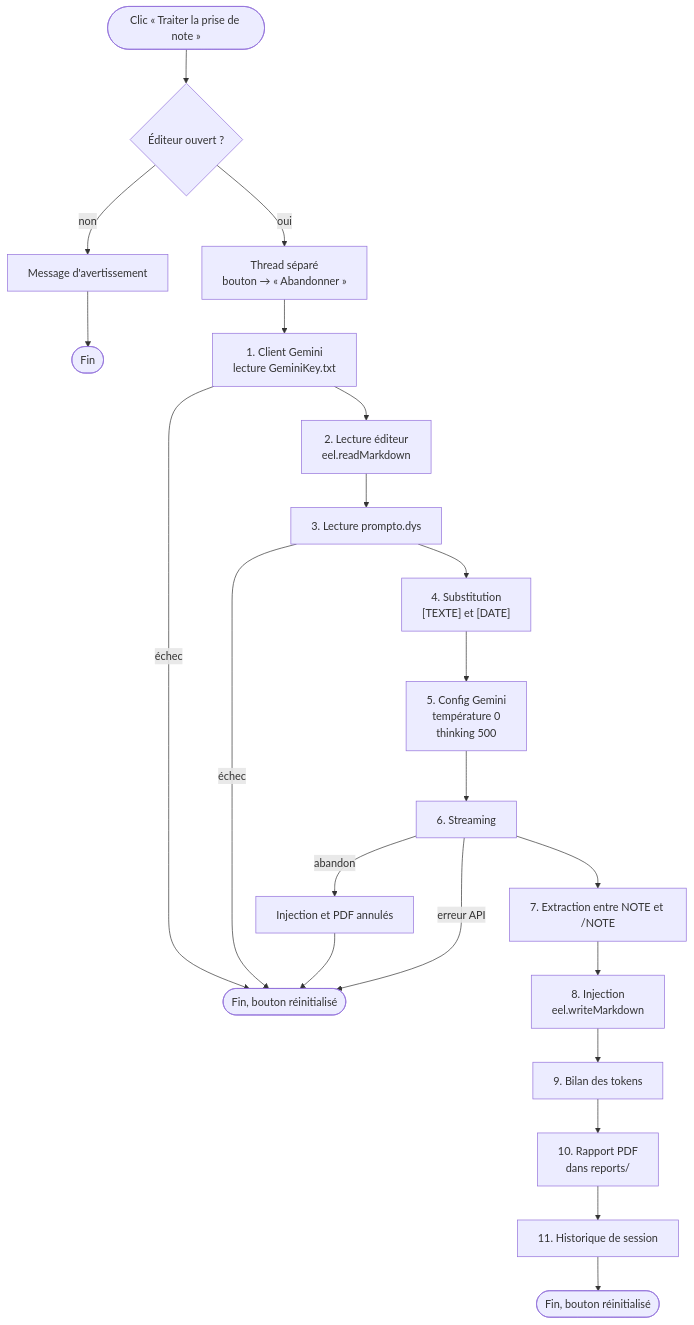
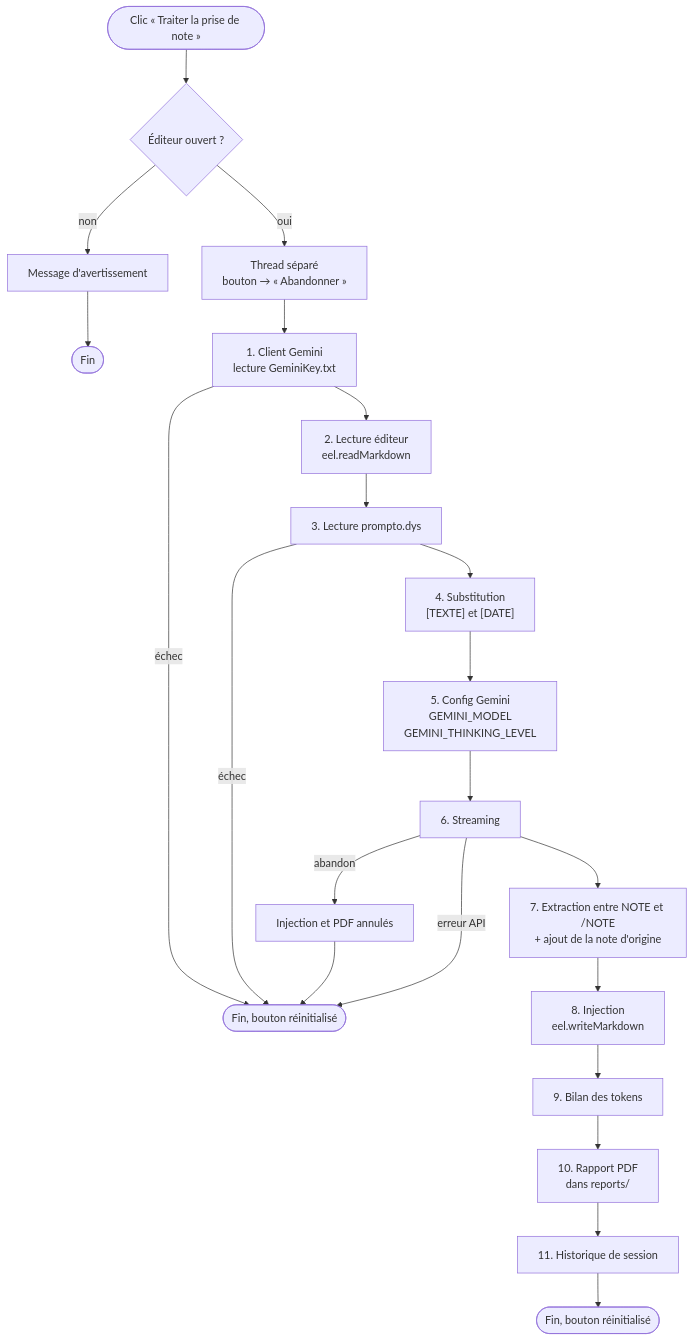
Before and after one commit to lecinquiemejour-code/PromptoDYS_app: the first of 8 diagrams in doc/WORKFLOW_GEMINI.md, drawn with Mermaid. The commit also changed other lines of this file and 3 other files, not shown here.

````diff
--- a/doc/WORKFLOW_GEMINI.md
+++ b/doc/WORKFLOW_GEMINI.md
@@ -30,24 +30,24 @@
 ```mermaid
 flowchart TD
     START(["Clic « Traiter la prise de note »"]) --> CHK{"Éditeur ouvert ?"}
     CHK -- non --> WARN["Message d'avertissement"] --> FIN0(["Fin"])
     CHK -- oui --> THREAD["Thread séparé<br/>bouton → « Abandonner »"]
 
     THREAD --> E1["1. Client Gemini<br/>lecture GeminiKey.txt"]
     E1 -- échec --> ERR(["Fin, bouton réinitialisé"])
     E1 --> E2["2. Lecture éditeur<br/>eel.readMarkdown"]
     E2 --> E3["3. Lecture prompto.dys"]
     E3 -- échec --> ERR
     E3 --> E4["4. Substitution<br/>[TEXTE] et [DATE]"]
-    E4 --> E5["5. Config Gemini<br/>température 0<br/>thinking 500"]
+    E4 --> E5["5. Config Gemini<br/>GEMINI_MODEL<br/>GEMINI_THINKING_LEVEL"]
     E5 --> E6["6. Streaming"]
 
     E6 -- abandon --> ABORT["Injection et PDF annulés"] --> ERR
     E6 -- erreur API --> ERR
-    E6 --> E7["7. Extraction entre NOTE et /NOTE"]
+    E6 --> E7["7. Extraction entre NOTE et /NOTE<br/>+ ajout de la note d'origine"]
     E7 --> E8["8. Injection<br/>eel.writeMarkdown"]
     E8 --> E9["9. Bilan des tokens"]
     E9 --> E10["10. Rapport PDF<br/>dans reports/"]
     E10 --> E11["11. Historique de session"]
     E11 --> FIN(["Fin, bouton réinitialisé"])
 ```
````
